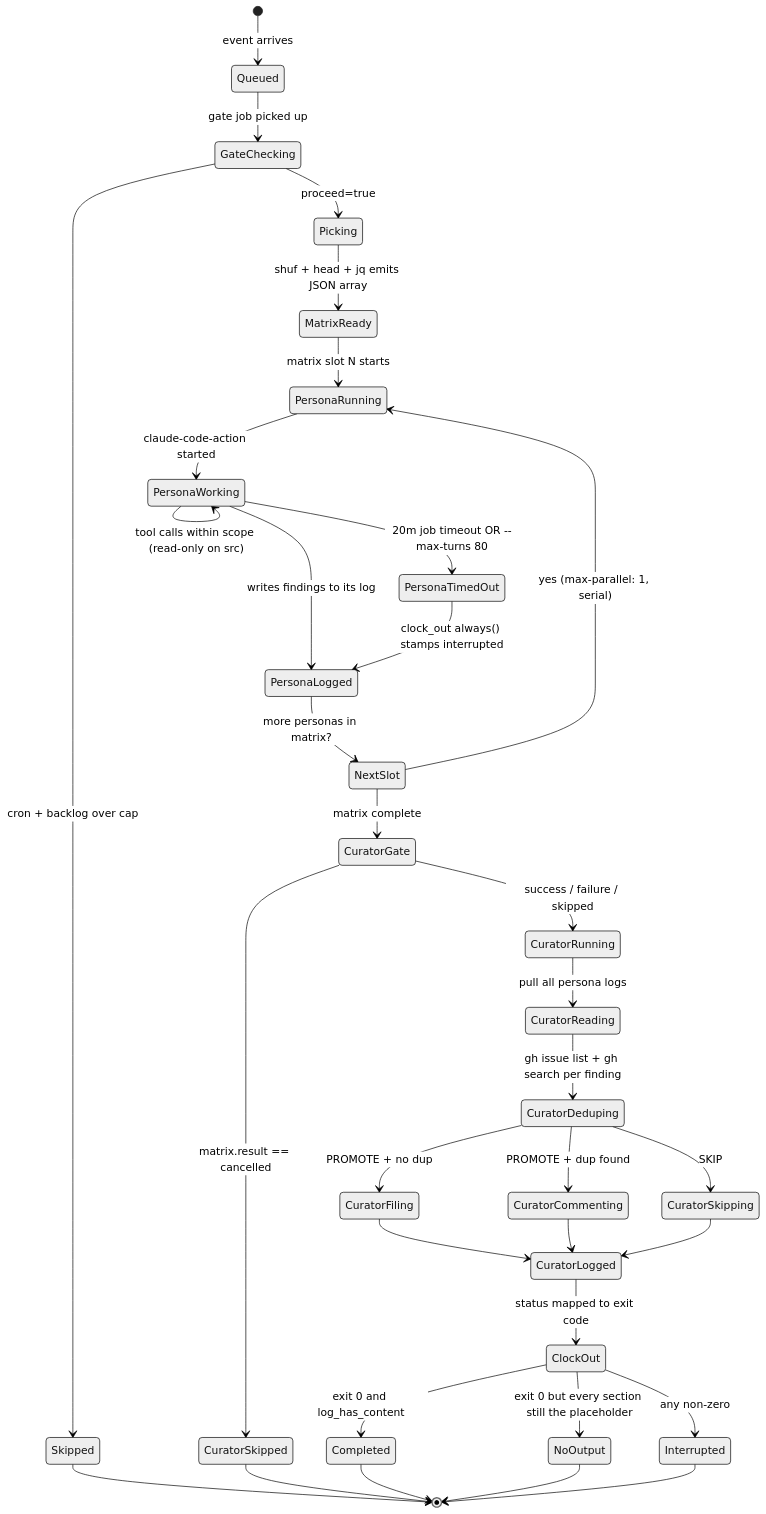
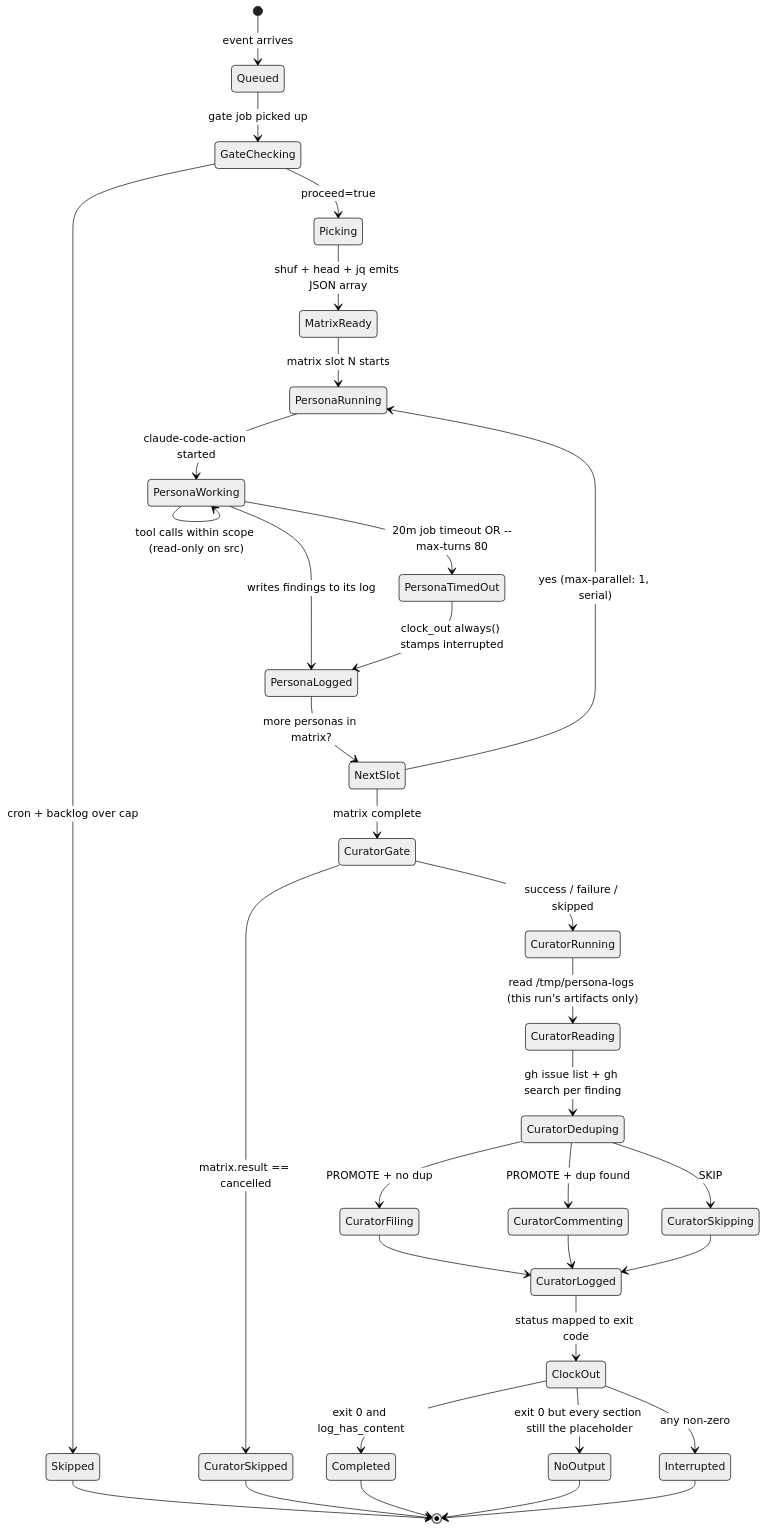
One commit to llm-exe/llm-exe changed the tenth of 12 diagrams in .github/docs/PERSONAS_RUN_DEEP_DIVE.md. Above: the diagram before and after it, drawn with Mermaid (neutral theme). The commit also changed other lines of this file and 1 other file, not shown here.

Commit message:
docs: sync personas-run deep dive and architecture after persona log artifact handoff

````diff
--- a/.github/docs/PERSONAS_RUN_DEEP_DIVE.md
+++ b/.github/docs/PERSONAS_RUN_DEEP_DIVE.md
@@ -567,36 +592,36 @@
 ```mermaid
 stateDiagram-v2
     [*] --> Queued: event arrives
     Queued --> GateChecking: gate job picked up
     GateChecking --> Skipped: cron + backlog over cap
     GateChecking --> Picking: proceed=true
     Picking --> MatrixReady: shuf + head + jq emits JSON array
     MatrixReady --> PersonaRunning: matrix slot N starts
     PersonaRunning --> PersonaWorking: claude-code-action started
     PersonaWorking --> PersonaWorking: tool calls within scope (read-only on src)
     PersonaWorking --> PersonaLogged: writes findings to its log
     PersonaWorking --> PersonaTimedOut: 20m job timeout OR --max-turns 80
     PersonaTimedOut --> PersonaLogged: clock_out always() stamps interrupted
     PersonaLogged --> NextSlot: more personas in matrix?
     NextSlot --> PersonaRunning: yes (max-parallel: 1, serial)
     NextSlot --> CuratorGate: matrix complete
     CuratorGate --> CuratorSkipped: matrix.result == cancelled
     CuratorGate --> CuratorRunning: success / failure / skipped
-    CuratorRunning --> CuratorReading: pull all persona logs
+    CuratorRunning --> CuratorReading: read /tmp/persona-logs (this run's artifacts only)
     CuratorReading --> CuratorDeduping: gh issue list + gh search per finding
     CuratorDeduping --> CuratorFiling: PROMOTE + no dup
     CuratorDeduping --> CuratorCommenting: PROMOTE + dup found
     CuratorDeduping --> CuratorSkipping: SKIP
     CuratorFiling --> CuratorLogged
     CuratorCommenting --> CuratorLogged
     CuratorSkipping --> CuratorLogged
     CuratorLogged --> ClockOut: status mapped to exit code
     ClockOut --> Completed: exit 0 and log_has_content
     ClockOut --> NoOutput: exit 0 but every section still the placeholder
     ClockOut --> Interrupted: any non-zero
     Skipped --> [*]
     CuratorSkipped --> [*]
     Completed --> [*]
     NoOutput --> [*]
     Interrupted --> [*]
 ```
````
